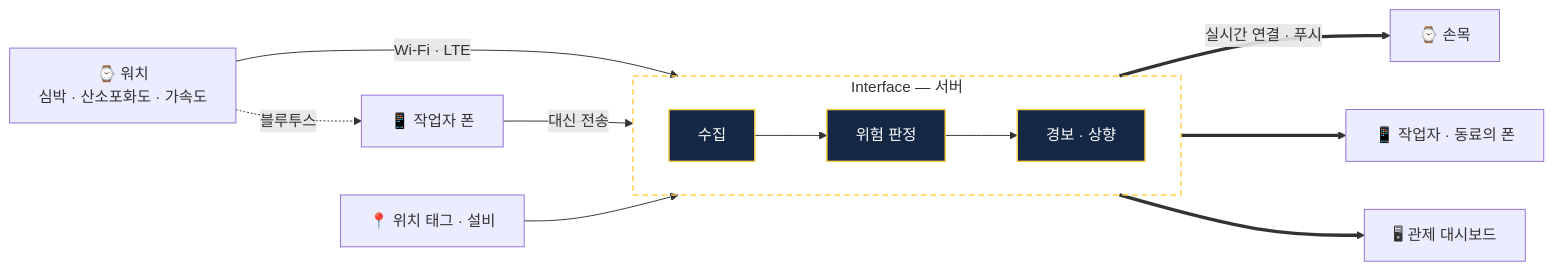
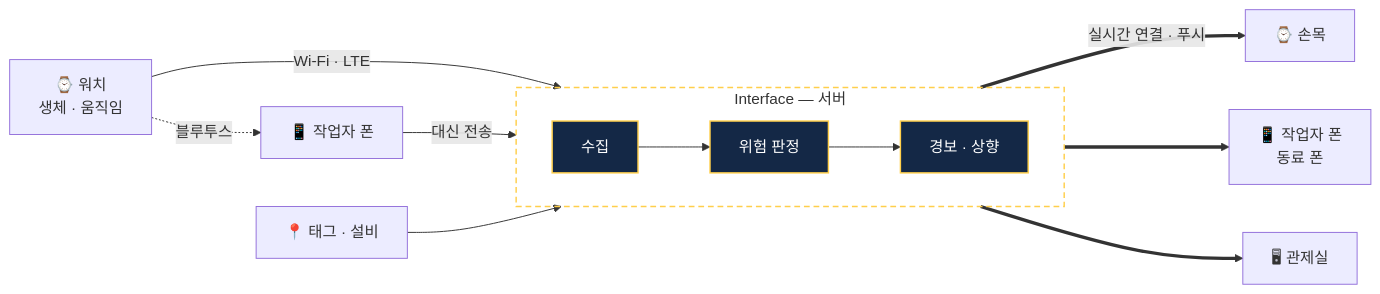
One commit to Scube-Platform/.github changed the diagram in profile/README.md. Above: the diagram before and after it, drawn with Mermaid.

Commit message:
DOCS : 구성도 이름표가 낱말 중간에서 줄바뀌던 것

````diff
--- a/profile/README.md
+++ b/profile/README.md
@@ -50,24 +50,24 @@
 ```mermaid
 flowchart LR
-  W["⌚ 워치<br/>심박 · 산소포화도 · 가속도"]
-  T["📍 위치 태그 · 설비"]
+  W["⌚ 워치<br/>생체 · 움직임"]
+  T["📍 태그 · 설비"]
   P["📱 작업자 폰"]
 
   subgraph server["Interface — 서버"]
     direction LR
     I["수집"] --> R["위험 판정"] --> A["경보 · 상향"]
   end
 
   W -- "Wi-Fi · LTE" --> I
   W -. "블루투스" .-> P
   P -- "대신 전송" --> I
   T --> I
 
   A == "실시간 연결 · 푸시" ==> O1["⌚ 손목"]
-  A ==> O2["📱 작업자 · 동료의 폰"]
-  A ==> O3["🖥 관제 대시보드"]
+  A ==> O2["📱 작업자 폰<br/>동료 폰"]
+  A ==> O3["🖥 관제실"]
 
   classDef core fill:#142846,stroke:#FFCF4B,stroke-width:1.5px,color:#FFFFFF
   class I,R,A core
   style server fill:transparent,stroke:#FFCF4B,stroke-width:1.5px,stroke-dasharray:6 4
 ```
````
